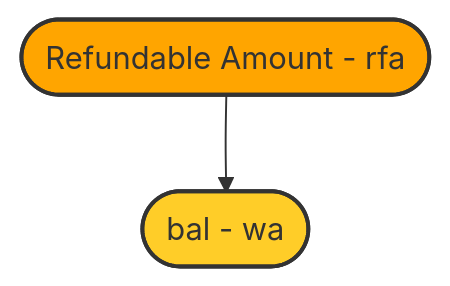
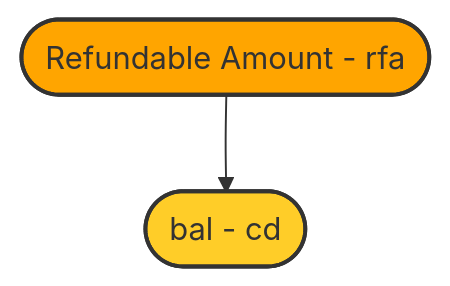
Before and after one commit to sablier-labs/flow: the seventh of 8 diagrams in diagrams.md, drawn with Mermaid. The commit also changed other lines of this file and 13 other files, not shown here.

````diff
--- a/diagrams.md
+++ b/diagrams.md
@@ -222,10 +222,10 @@
 ```mermaid
     flowchart TD
     rfa([Refundable Amount - rfa]):::orange0
-    res_rfa([bal - wa]):::orange1
+    res_rfa([bal - cd]):::orange1
     rfa --> res_rfa
 
     classDef orange0 fill:#FFA500,stroke:#333,stroke-width:2px;
     classDef orange1 fill:#FFCD28,stroke:#333,stroke-width:2px;
 
 ```
````
